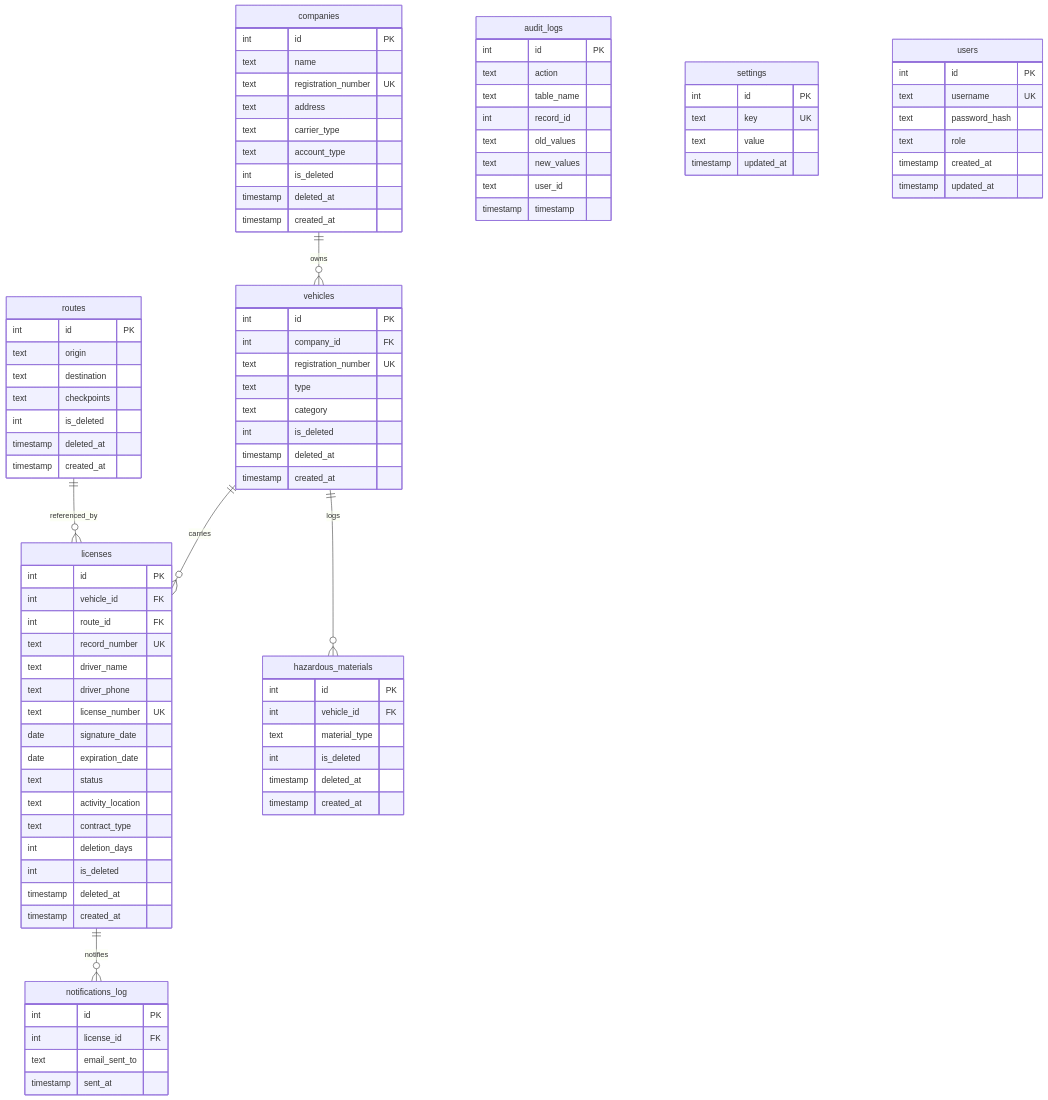
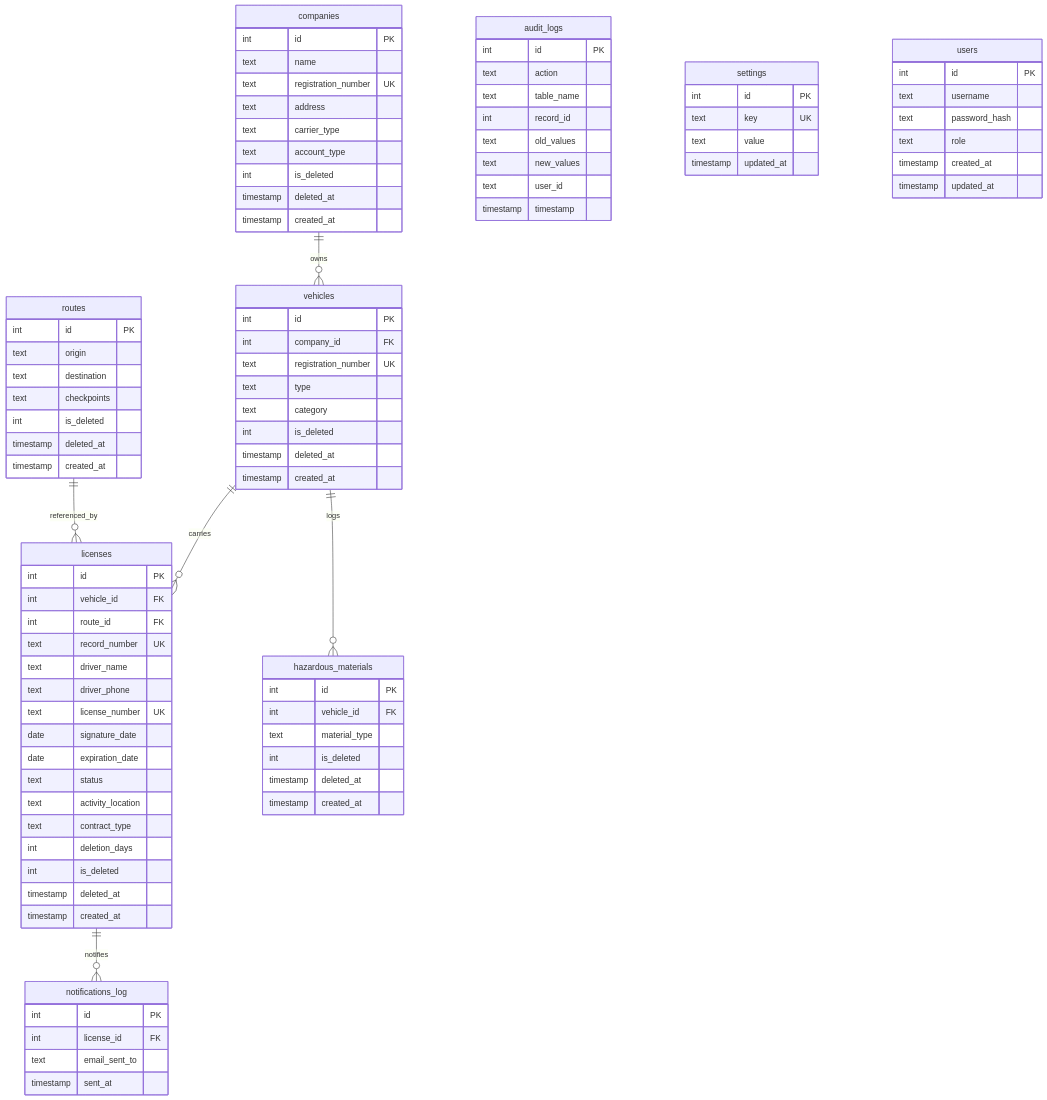
One commit to raouf-bendahmouche/hazmate changed the diagram in docs/database_design.md. Above: the diagram before and after it, drawn with Mermaid. The commit also changed other lines of this file and 14 other files, not shown here.

```diff
--- a/docs/database_design.md
+++ b/docs/database_design.md
@@ -99,7 +99,7 @@
 
 	users {
 		int id PK
-		text username UK
+		text username
 		text password_hash
 		text role
 		timestamp created_at
```
